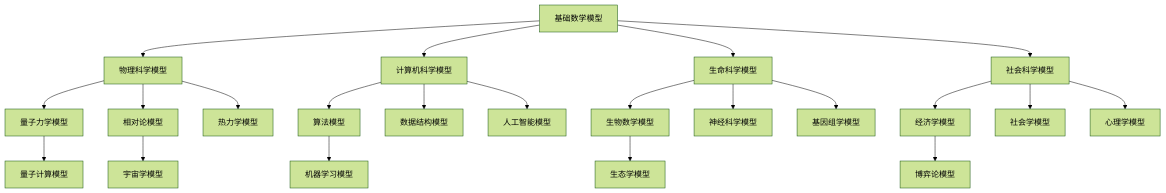
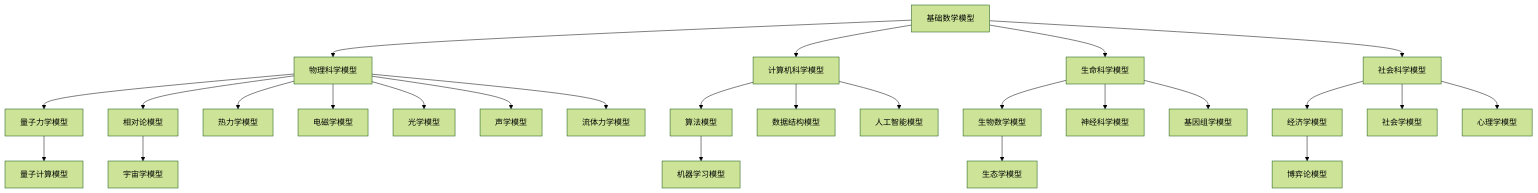
One commit to AdaMartin18010/FormalModel changed the diagram in docs/01-基础理论/01-模型分类学/README.md. Above: the diagram before and after it, drawn with Mermaid (forest theme). The commit also changed other lines of this file and 6 other files, not shown here.

````diff
--- a/docs/01-基础理论/01-模型分类学/README.md
+++ b/docs/01-基础理论/01-模型分类学/README.md
@@ -360,29 +388,33 @@
 ```mermaid
 graph TD
     A[基础数学模型] --> B[物理科学模型]
     A --> C[计算机科学模型]
     A --> D[生命科学模型]
     A --> E[社会科学模型]
     
     B --> F[量子力学模型]
     B --> G[相对论模型]
     B --> H[热力学模型]
+    B --> EM[电磁学模型]
+    B --> OP[光学模型]
+    B --> AC[声学模型]
+    B --> FM[流体力学模型]
     
     C --> I[算法模型]
     C --> J[数据结构模型]
     C --> K[人工智能模型]
     
     D --> L[生物数学模型]
     D --> M[神经科学模型]
     D --> N[基因组学模型]
     
     E --> O[经济学模型]
     E --> P[社会学模型]
     E --> Q[心理学模型]
     
     F --> R[量子计算模型]
     G --> S[宇宙学模型]
     I --> T[机器学习模型]
     L --> U[生态学模型]
     O --> V[博弈论模型]
 ```
````
